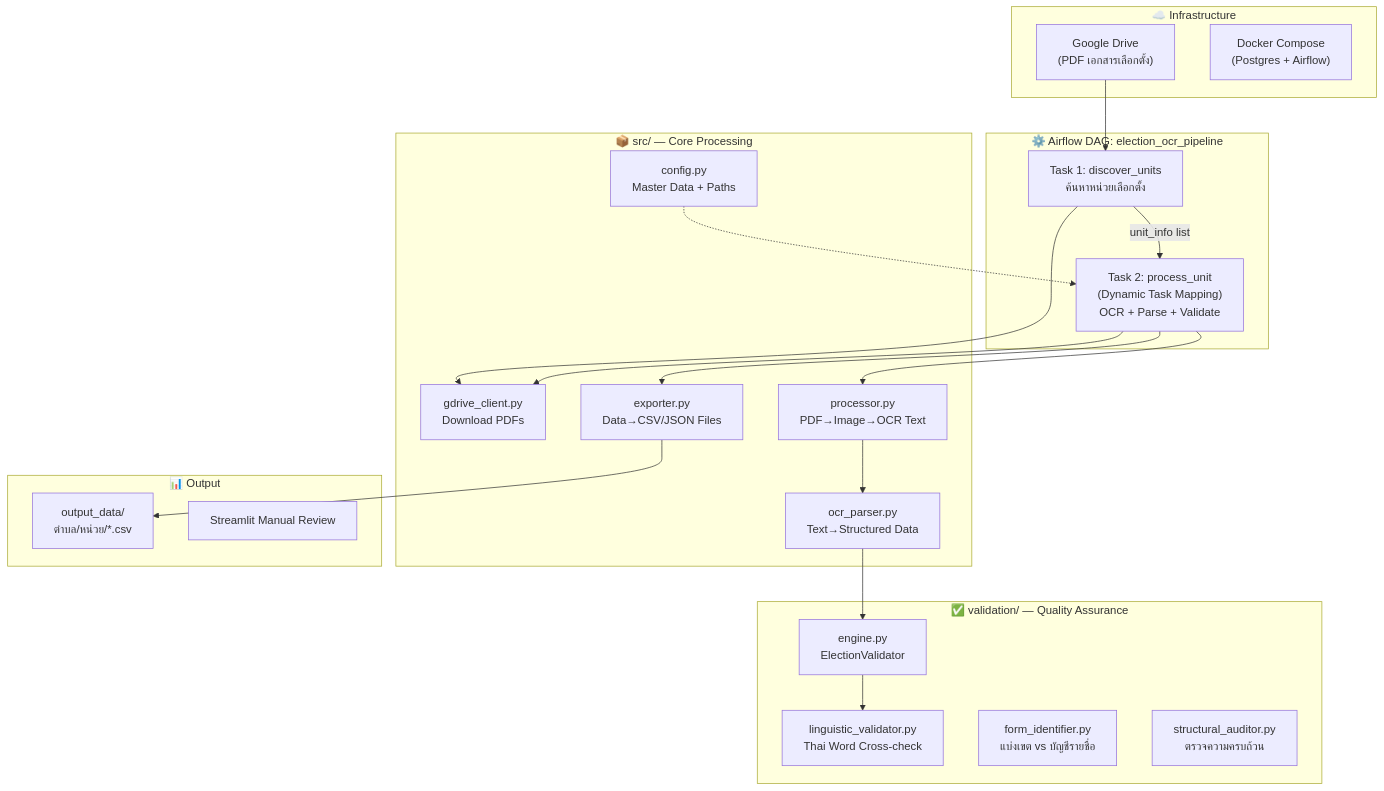
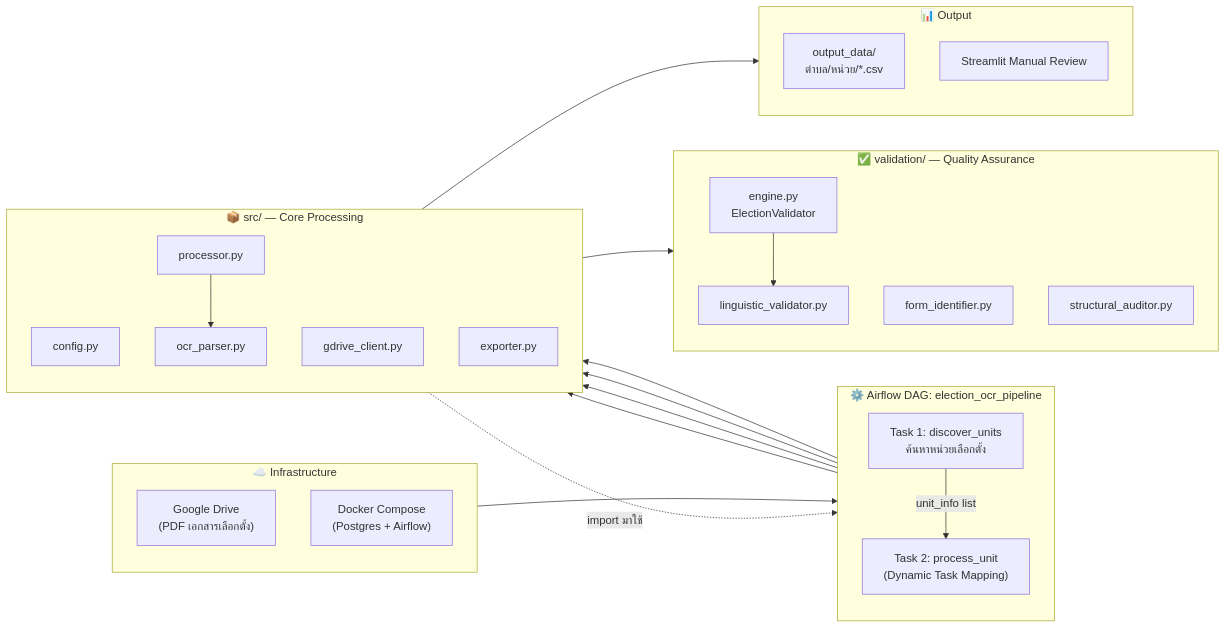
The first of 5 diagrams in election_pipeline/readme/pipeline_overview_part1.md (098ff/dsde_final_project), drawn with Mermaid before and after one commit.

Commit message:
style: graph display style (easy to lookup)

````diff
--- a/election_pipeline/readme/pipeline_overview_part1.md
+++ b/election_pipeline/readme/pipeline_overview_part1.md
@@ -11,48 +11,59 @@
 ```mermaid
-flowchart TB
+flowchart LR
     subgraph INFRA["☁️ Infrastructure"]
+        direction TB
         GD["Google Drive<br/>(PDF เอกสารเลือกตั้ง)"]
         DOCK["Docker Compose<br/>(Postgres + Airflow)"]
     end
 
     subgraph DAG["⚙️ Airflow DAG: election_ocr_pipeline"]
+        direction TB
         T1["Task 1: discover_units<br/>ค้นหาหน่วยเลือกตั้ง"]
-        T2["Task 2: process_unit<br/>(Dynamic Task Mapping)<br/>OCR + Parse + Validate"]
+        T2["Task 2: process_unit<br/>(Dynamic Task Mapping)"]
     end
 
     subgraph SRC["📦 src/ — Core Processing"]
-        CFG["config.py<br/>Master Data + Paths"]
-        GDC["gdrive_client.py<br/>Download PDFs"]
-        PROC["processor.py<br/>PDF→Image→OCR Text"]
-        PARSE["ocr_parser.py<br/>Text→Structured Data"]
-        EXP["exporter.py<br/>Data→CSV/JSON Files"]
+        direction TB
+        CFG["config.py"]
+        GDC["gdrive_client.py"]
+        PROC["processor.py"]
+        PARSE["ocr_parser.py"]
+        EXP["exporter.py"]
     end
 
     subgraph VAL["✅ validation/ — Quality Assurance"]
+        direction TB
         ENG["engine.py<br/>ElectionValidator"]
-        LING["linguistic_validator.py<br/>Thai Word Cross-check"]
-        FORM["form_identifier.py<br/>แบ่งเขต vs บัญชีรายชื่อ"]
-        STRUCT["structural_auditor.py<br/>ตรวจความครบถ้วน"]
+        LING["linguistic_validator.py"]
+        FORM["form_identifier.py"]
+        STRUCT["structural_auditor.py"]
     end
 
     subgraph OUT["📊 Output"]
+        direction TB
         CSV1["output_data/<br/>ตำบล/หน่วย/*.csv"]
         STRM["Streamlit Manual Review"]
     end
 
+    %% เส้นทางหลักของการทำงาน (Main Flow)
     GD --> T1
     T1 -->|"unit_info list"| T2
 
+    %% การเรียกใช้ Module ใน src/
     T1 --> GDC
     T2 --> GDC
     T2 --> PROC
     PROC --> PARSE
+    
+    %% การส่งไป Validate
     PARSE --> ENG
     ENG --> LING
+    
+    %% การ Export ข้อมูล
     T2 --> EXP
-
     EXP --> CSV1
 
-    CFG -.-> T2
+    %% เส้นประแสดงการดึง Config มาใช้
+    CFG -.->|"import มาใช้"| T2
 
 ```
````
